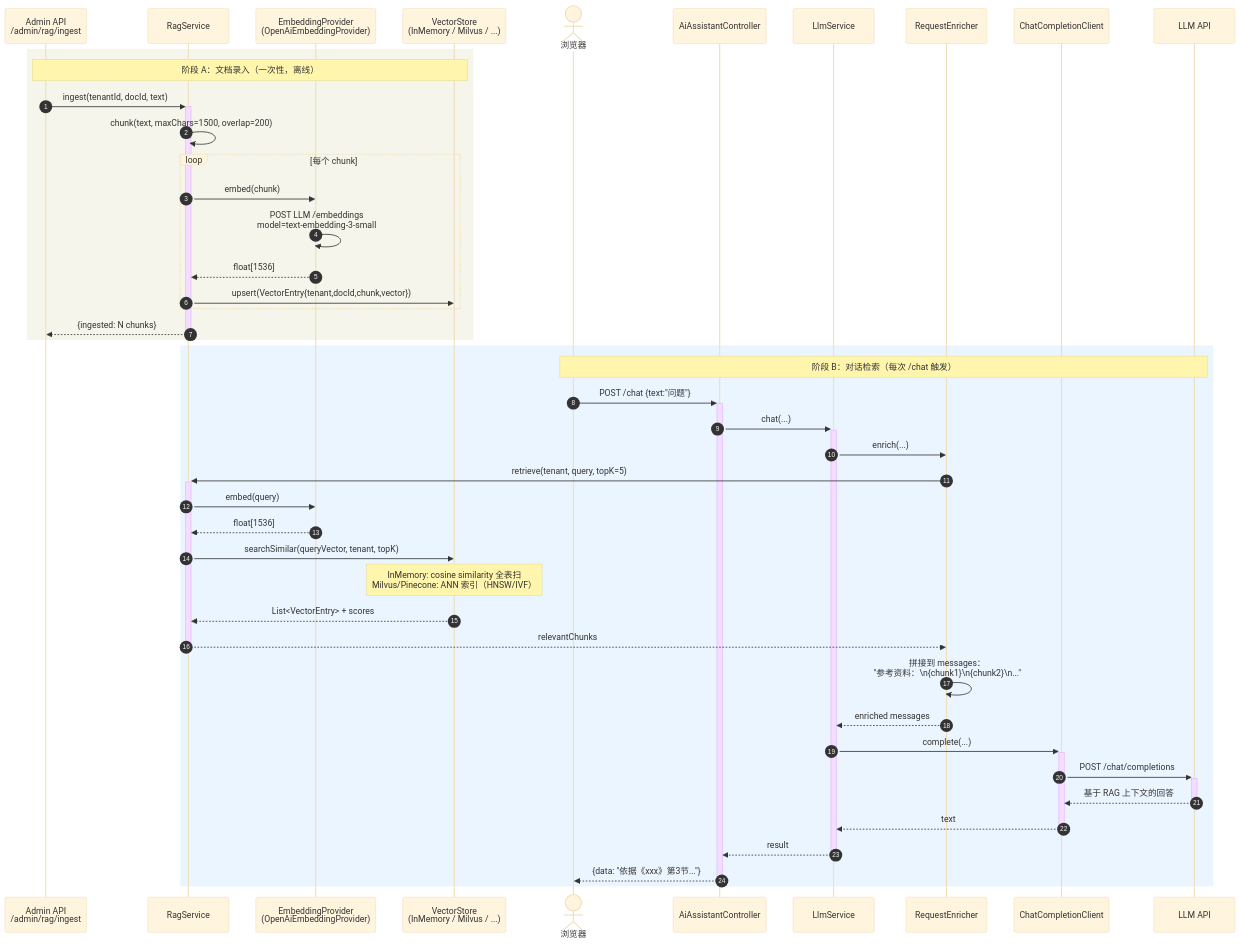
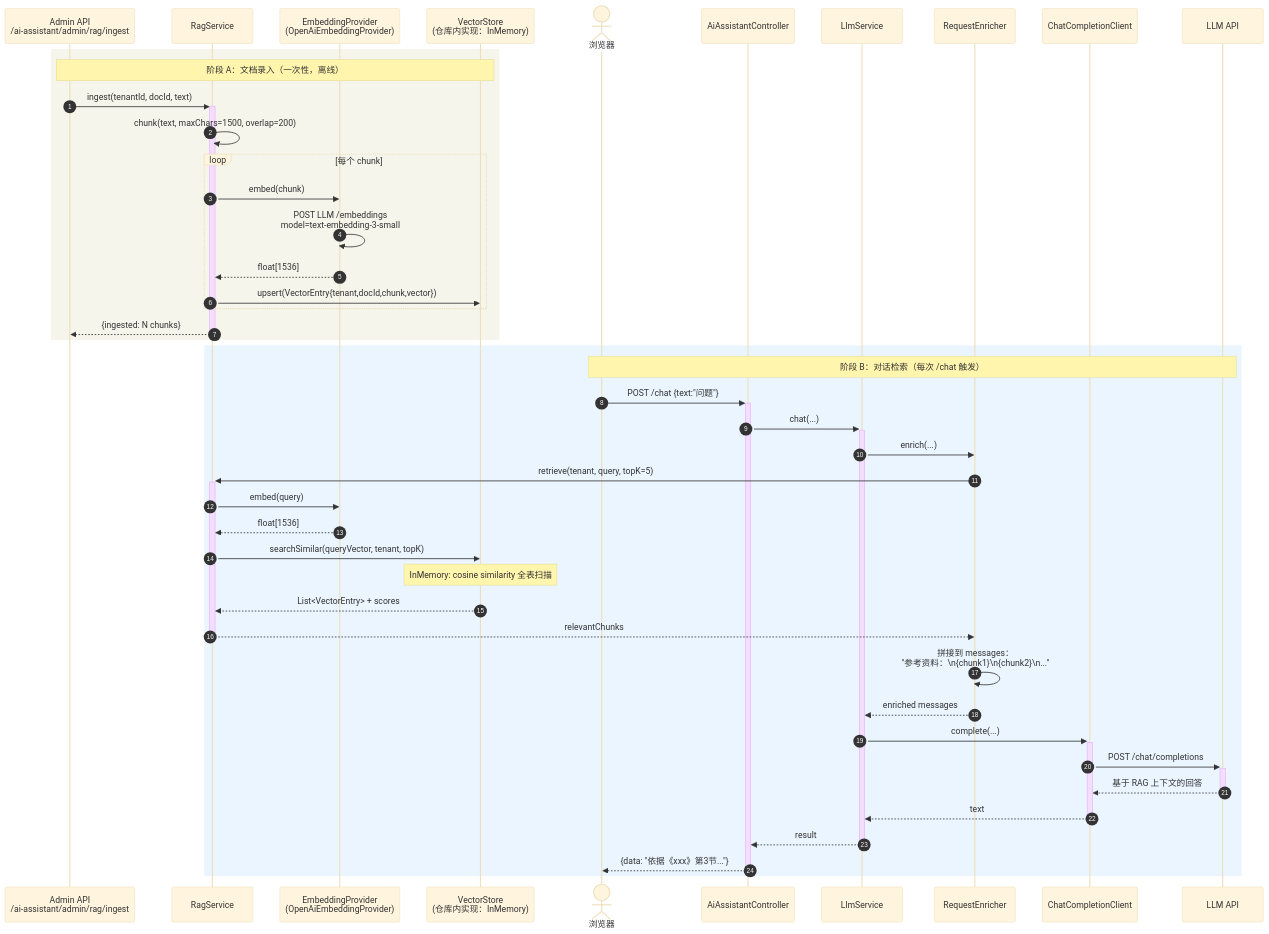
One commit to Hou-mingyuan/ai-assistant-sdk changed the third of 5 diagrams in docs/guide/sequence-diagrams.md. Above: the diagram before and after it, drawn with Mermaid (base theme). The commit also changed other lines of this file and 211 other files, not shown here.

````diff
--- a/docs/guide/sequence-diagrams.md
+++ b/docs/guide/sequence-diagrams.md
@@ -203,52 +203,52 @@
 ```mermaid
 sequenceDiagram
     autonumber
-    participant Admin as Admin API<br/>/admin/rag/ingest
+    participant Admin as Admin API<br/>/ai-assistant/admin/rag/ingest
     participant Rag as RagService
     participant Embed as EmbeddingProvider<br/>(OpenAiEmbeddingProvider)
-    participant Vector as VectorStore<br/>(InMemory / Milvus / ...)
+    participant Vector as VectorStore<br/>(仓库内实现：InMemory)
 
     rect rgb(245, 245, 235)
     Note over Admin,Vector: 阶段 A：文档录入（一次性，离线）
     Admin->>+Rag: ingest(tenantId, docId, text)
     Rag->>Rag: chunk(text, maxChars=1500, overlap=200)
     loop 每个 chunk
         Rag->>Embed: embed(chunk)
         Embed->>Embed: POST LLM /embeddings<br/>model=text-embedding-3-small
         Embed-->>Rag: float[1536]
         Rag->>Vector: upsert(VectorEntry{tenant,docId,chunk,vector})
     end
     Rag-->>-Admin: {ingested: N chunks}
     end
 
     actor User as 浏览器
     participant Ctrl as AiAssistantController
     participant Llm as LlmService
     participant Enrich as RequestEnricher
     participant Client as ChatCompletionClient
     participant LLM as LLM API
 
     rect rgb(235, 245, 255)
     Note over User,LLM: 阶段 B：对话检索（每次 /chat 触发）
     User->>+Ctrl: POST /chat {text:"问题"}
     Ctrl->>+Llm: chat(...)
     Llm->>Enrich: enrich(...)
     Enrich->>+Rag: retrieve(tenant, query, topK=5)
     Rag->>Embed: embed(query)
     Embed-->>Rag: float[1536]
     Rag->>Vector: searchSimilar(queryVector, tenant, topK)
-    Note over Vector: InMemory: cosine similarity 全表扫<br/>Milvus/Pinecone: ANN 索引（HNSW/IVF）
+    Note over Vector: InMemory: cosine similarity 全表扫描
     Vector-->>Rag: List<VectorEntry> + scores
     Rag-->>-Enrich: relevantChunks
 
     Enrich->>Enrich: 拼接到 messages：<br/>"参考资料：\n{chunk1}\n{chunk2}\n..."
     Enrich-->>Llm: enriched messages
 
     Llm->>+Client: complete(...)
     Client->>+LLM: POST /chat/completions
     LLM-->>-Client: 基于 RAG 上下文的回答
     Client-->>-Llm: text
     Llm-->>-Ctrl: result
     Ctrl-->>-User: {data: "依据《xxx》第3节..."}
     end
 ```
````
